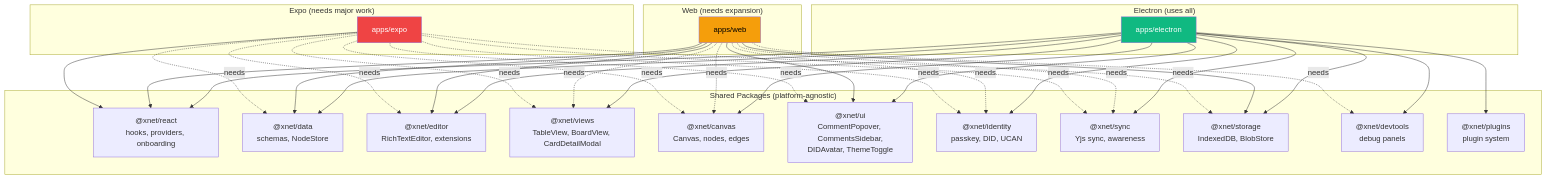
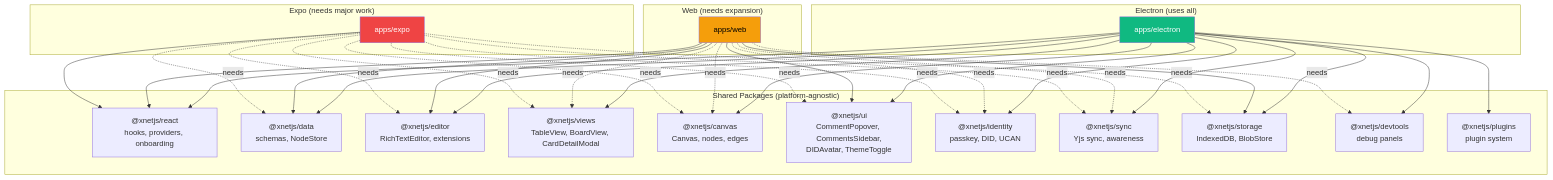
The third of 14 diagrams in docs/explorations/0056_[x]_WEB_APP_INTEGRATION.md (crs48/xNet), drawn with Mermaid before and after one commit. The commit also changed other lines of this file and 980 other files, not shown here.

````diff
--- a/docs/explorations/0056_[x]_WEB_APP_INTEGRATION.md
+++ b/docs/explorations/0056_[x]_WEB_APP_INTEGRATION.md
@@ -392,40 +392,40 @@
 ```mermaid
 graph TD
     subgraph "Shared Packages (platform-agnostic)"
-        react["@xnet/react<br/>hooks, providers, onboarding"]
-        data["@xnet/data<br/>schemas, NodeStore"]
-        editor["@xnet/editor<br/>RichTextEditor, extensions"]
-        views["@xnet/views<br/>TableView, BoardView, CardDetailModal"]
-        canvas["@xnet/canvas<br/>Canvas, nodes, edges"]
-        ui["@xnet/ui<br/>CommentPopover, CommentsSidebar,<br/>DIDAvatar, ThemeToggle"]
-        identity["@xnet/identity<br/>passkey, DID, UCAN"]
-        sync["@xnet/sync<br/>Yjs sync, awareness"]
-        storage["@xnet/storage<br/>IndexedDB, BlobStore"]
-        devtools["@xnet/devtools<br/>debug panels"]
-        plugins["@xnet/plugins<br/>plugin system"]
+        react["@xnetjs/react<br/>hooks, providers, onboarding"]
+        data["@xnetjs/data<br/>schemas, NodeStore"]
+        editor["@xnetjs/editor<br/>RichTextEditor, extensions"]
+        views["@xnetjs/views<br/>TableView, BoardView, CardDetailModal"]
+        canvas["@xnetjs/canvas<br/>Canvas, nodes, edges"]
+        ui["@xnetjs/ui<br/>CommentPopover, CommentsSidebar,<br/>DIDAvatar, ThemeToggle"]
+        identity["@xnetjs/identity<br/>passkey, DID, UCAN"]
+        sync["@xnetjs/sync<br/>Yjs sync, awareness"]
+        storage["@xnetjs/storage<br/>IndexedDB, BlobStore"]
+        devtools["@xnetjs/devtools<br/>debug panels"]
+        plugins["@xnetjs/plugins<br/>plugin system"]
     end
 
     subgraph "Electron (uses all)"
         E["apps/electron"]
     end
 
     subgraph "Web (needs expansion)"
         W["apps/web"]
     end
 
     subgraph "Expo (needs major work)"
         X["apps/expo"]
     end
 
     E --> react & data & editor & views & canvas & ui & identity & sync & storage & devtools & plugins
 
     W --> react & data & editor & ui & storage
     W -.->|"needs"| views & canvas & identity & sync & devtools
 
     X --> react
     X -.->|"needs"| data & editor & views & canvas & ui & identity & sync & storage
 
     style E fill:#10b981,color:#fff
     style W fill:#f59e0b,color:#000
     style X fill:#ef4444,color:#fff
 ```
````
